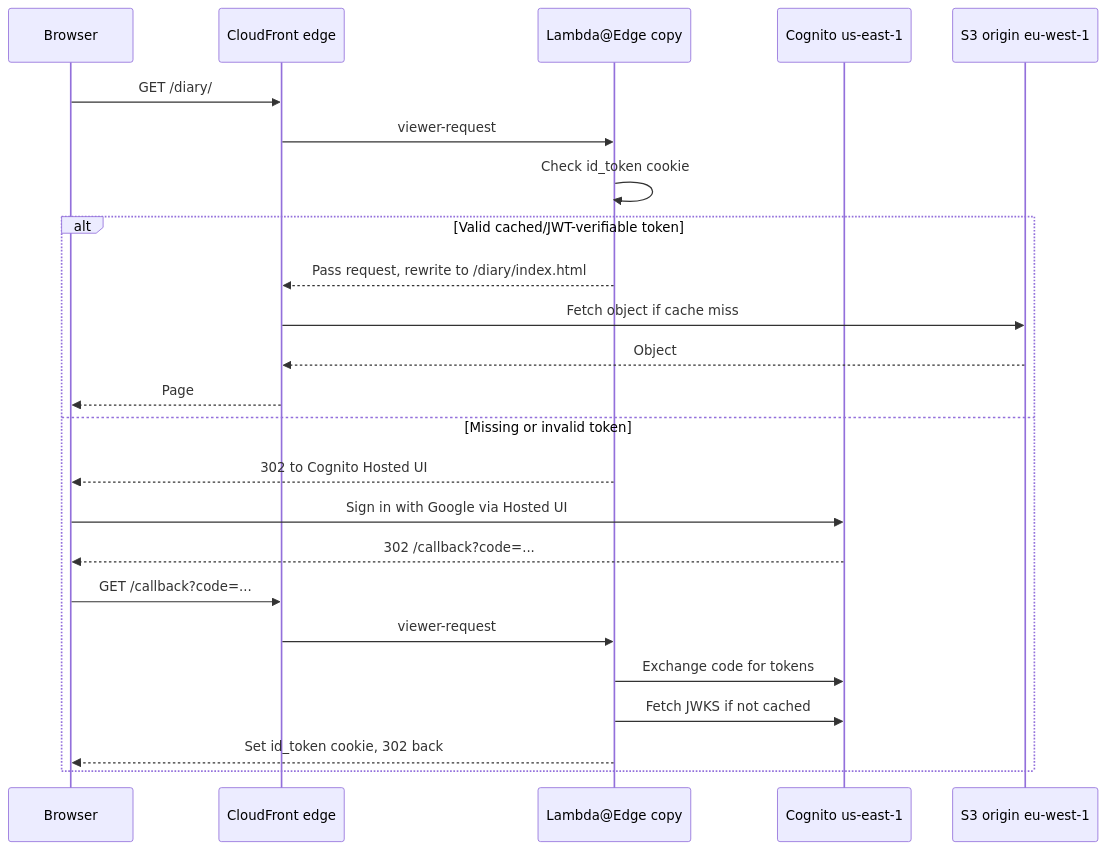
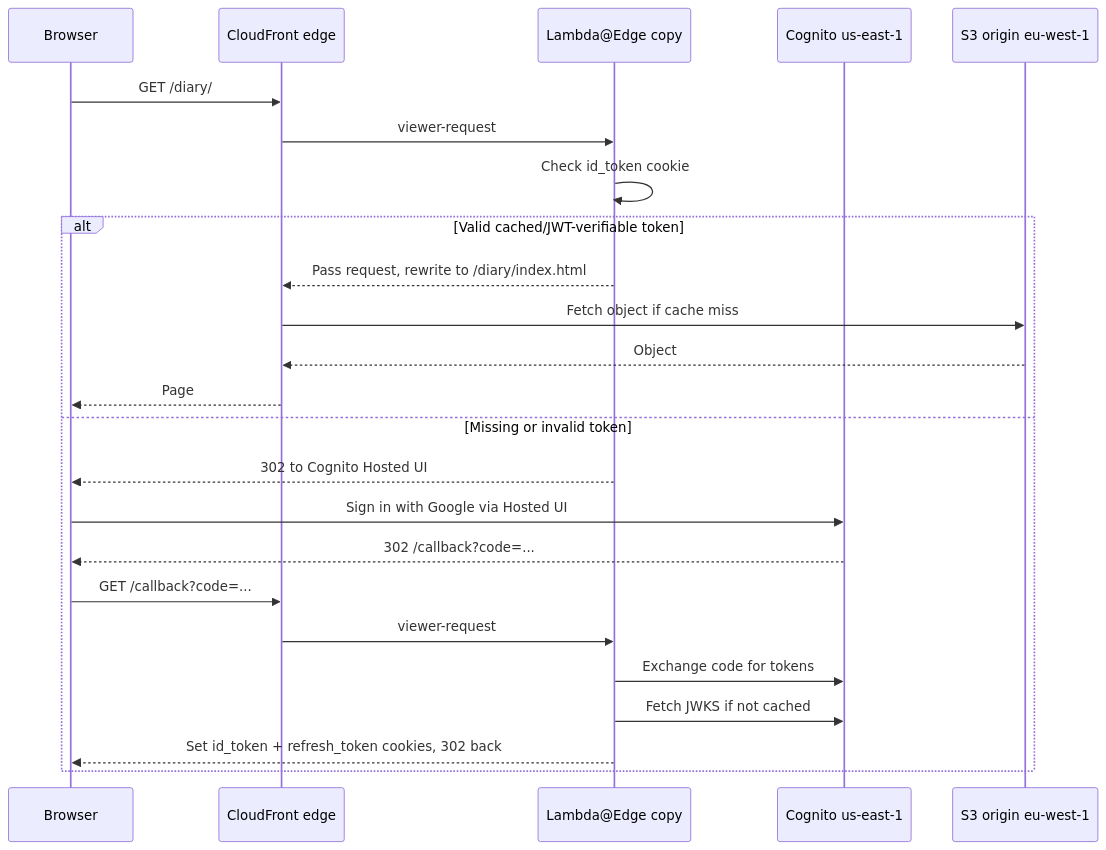
Before and after one commit to donvince/donandmartina.com: the second of 4 diagrams in docs/us-east-1-coupling.md, drawn with Mermaid. The commit also changed other lines of this file and 3 other files, not shown here.

````diff
--- a/docs/us-east-1-coupling.md
+++ b/docs/us-east-1-coupling.md
@@ -28,27 +28,27 @@
 ```mermaid
 sequenceDiagram
   participant B as Browser
   participant CF as CloudFront edge
   participant LE as Lambda@Edge copy
   participant CG as Cognito us-east-1
   participant S3 as S3 origin eu-west-1
 
   B->>CF: GET /diary/
   CF->>LE: viewer-request
   LE->>LE: Check id_token cookie
   alt Valid cached/JWT-verifiable token
     LE-->>CF: Pass request, rewrite to /diary/index.html
     CF->>S3: Fetch object if cache miss
     S3-->>CF: Object
     CF-->>B: Page
   else Missing or invalid token
     LE-->>B: 302 to Cognito Hosted UI
     B->>CG: Sign in with Google via Hosted UI
     CG-->>B: 302 /callback?code=...
     B->>CF: GET /callback?code=...
     CF->>LE: viewer-request
     LE->>CG: Exchange code for tokens
     LE->>CG: Fetch JWKS if not cached
-    LE-->>B: Set id_token cookie, 302 back
+    LE-->>B: Set id_token + refresh_token cookies, 302 back
   end
 ```
````
